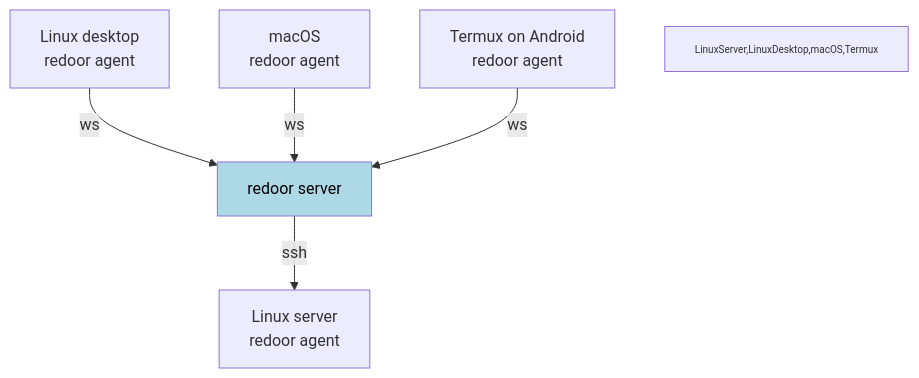
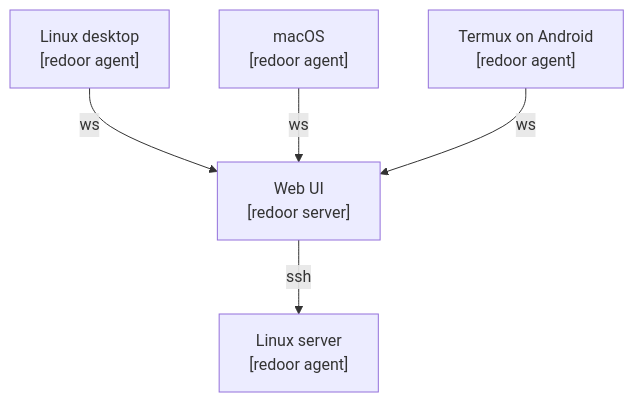
The diagram in README.md (esamattis/redoor), drawn with Mermaid before and after one commit.

Commit message:
Refactor mermaid diagram in README
Updated the mermaid diagram in README.md for clarity.

````diff
--- a/README.md
+++ b/README.md
@@ -7,14 +7,13 @@
 ```mermaid
 graph TD
-    Server[redoor server]
+    Server["Web UI
+[redoor server]"]
     Server -->|ssh| LinuxServer["Linux server
-redoor agent"]
+[redoor agent]"]
     LinuxDesktop["Linux desktop
-redoor agent"] -->|ws| Server
+[redoor agent]"] -->|ws| Server
     macOS["macOS
-redoor agent"] -->|ws| Server
+[redoor agent]"] -->|ws| Server
     Termux["Termux on Android
-redoor agent"] -->|ws| Server
-    style LinuxServer,LinuxDesktop,macOS,Termux font-size:10px
-    style Server fill:lightblue,color:black
+[redoor agent]"] -->|ws| Server
 ```
````
